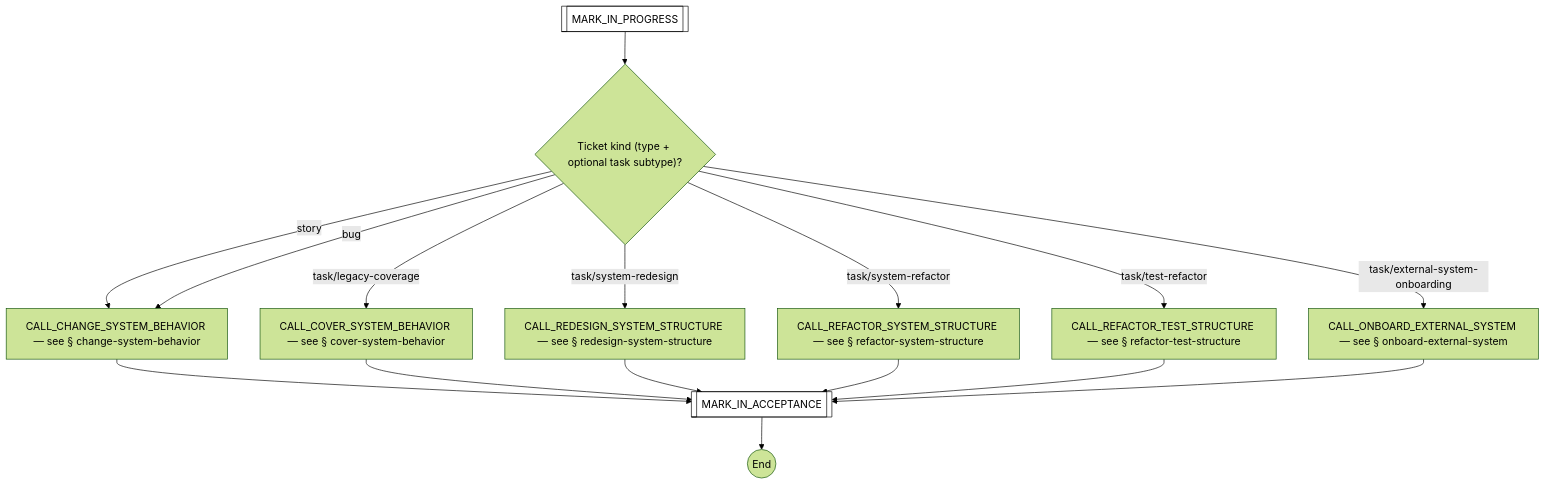
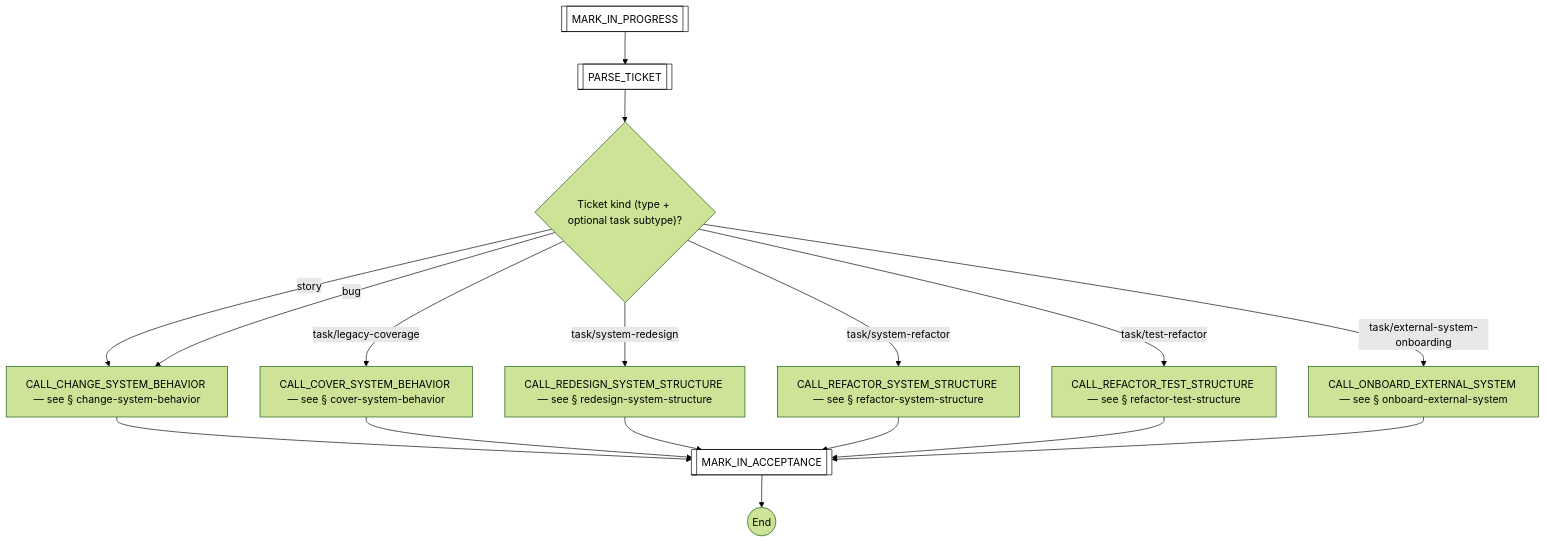
The fourth of 50 diagrams in docs/process-diagram.md (optivem/gh-optivem), drawn with Mermaid (forest theme) before and after one commit. The commit also changed other lines of this file and 14 other files, not shown here.

First line of the commit message:
atdd/runtime: wire ticket-body parser to runtime + already-[x] approval gate

````diff
--- a/docs/process-diagram.md
+++ b/docs/process-diagram.md
@@ -77,32 +77,34 @@
 ```mermaid
 flowchart TD
     CALL_CHANGE_SYSTEM_BEHAVIOR[CALL_CHANGE_SYSTEM_BEHAVIOR — see § change-system-behavior]
     CALL_COVER_SYSTEM_BEHAVIOR[CALL_COVER_SYSTEM_BEHAVIOR — see § cover-system-behavior]
     CALL_ONBOARD_EXTERNAL_SYSTEM[CALL_ONBOARD_EXTERNAL_SYSTEM — see § onboard-external-system]
     CALL_REDESIGN_SYSTEM_STRUCTURE[CALL_REDESIGN_SYSTEM_STRUCTURE — see § redesign-system-structure]
     CALL_REFACTOR_SYSTEM_STRUCTURE[CALL_REFACTOR_SYSTEM_STRUCTURE — see § refactor-system-structure]
     CALL_REFACTOR_TEST_STRUCTURE[CALL_REFACTOR_TEST_STRUCTURE — see § refactor-test-structure]
     GATE_TICKET_KIND{"Ticket kind (type + optional task subtype)?"}
     IMPLEMENT_TICKET_END((End))
     MARK_IN_ACCEPTANCE[[MARK_IN_ACCEPTANCE]]
     MARK_IN_PROGRESS[[MARK_IN_PROGRESS]]
+    PARSE_TICKET[[PARSE_TICKET]]
 
-    MARK_IN_PROGRESS --> GATE_TICKET_KIND
+    MARK_IN_PROGRESS --> PARSE_TICKET
+    PARSE_TICKET --> GATE_TICKET_KIND
     GATE_TICKET_KIND -- story --> CALL_CHANGE_SYSTEM_BEHAVIOR
     GATE_TICKET_KIND -- bug --> CALL_CHANGE_SYSTEM_BEHAVIOR
     GATE_TICKET_KIND -- task/legacy-coverage --> CALL_COVER_SYSTEM_BEHAVIOR
     GATE_TICKET_KIND -- task/system-redesign --> CALL_REDESIGN_SYSTEM_STRUCTURE
     GATE_TICKET_KIND -- task/system-refactor --> CALL_REFACTOR_SYSTEM_STRUCTURE
     GATE_TICKET_KIND -- task/test-refactor --> CALL_REFACTOR_TEST_STRUCTURE
     GATE_TICKET_KIND -- task/external-system-onboarding --> CALL_ONBOARD_EXTERNAL_SYSTEM
     CALL_CHANGE_SYSTEM_BEHAVIOR --> MARK_IN_ACCEPTANCE
     CALL_COVER_SYSTEM_BEHAVIOR --> MARK_IN_ACCEPTANCE
     CALL_REDESIGN_SYSTEM_STRUCTURE --> MARK_IN_ACCEPTANCE
     CALL_REFACTOR_SYSTEM_STRUCTURE --> MARK_IN_ACCEPTANCE
     CALL_REFACTOR_TEST_STRUCTURE --> MARK_IN_ACCEPTANCE
     CALL_ONBOARD_EXTERNAL_SYSTEM --> MARK_IN_ACCEPTANCE
     MARK_IN_ACCEPTANCE --> IMPLEMENT_TICKET_END
 
     classDef serviceNode fill:#ffffff,stroke:#000000,stroke-width:1px,color:#000000
-    class MARK_IN_ACCEPTANCE,MARK_IN_PROGRESS serviceNode
+    class MARK_IN_ACCEPTANCE,MARK_IN_PROGRESS,PARSE_TICKET serviceNode
 ```
````
